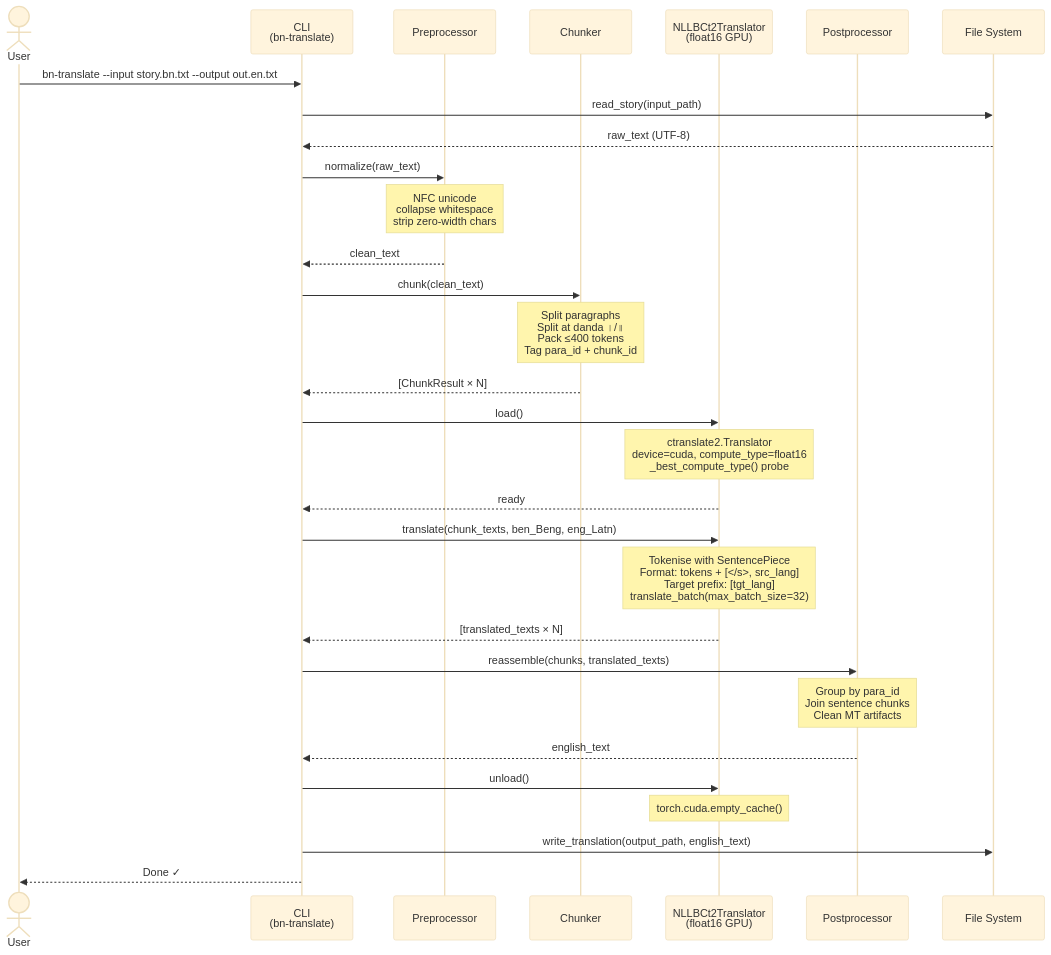
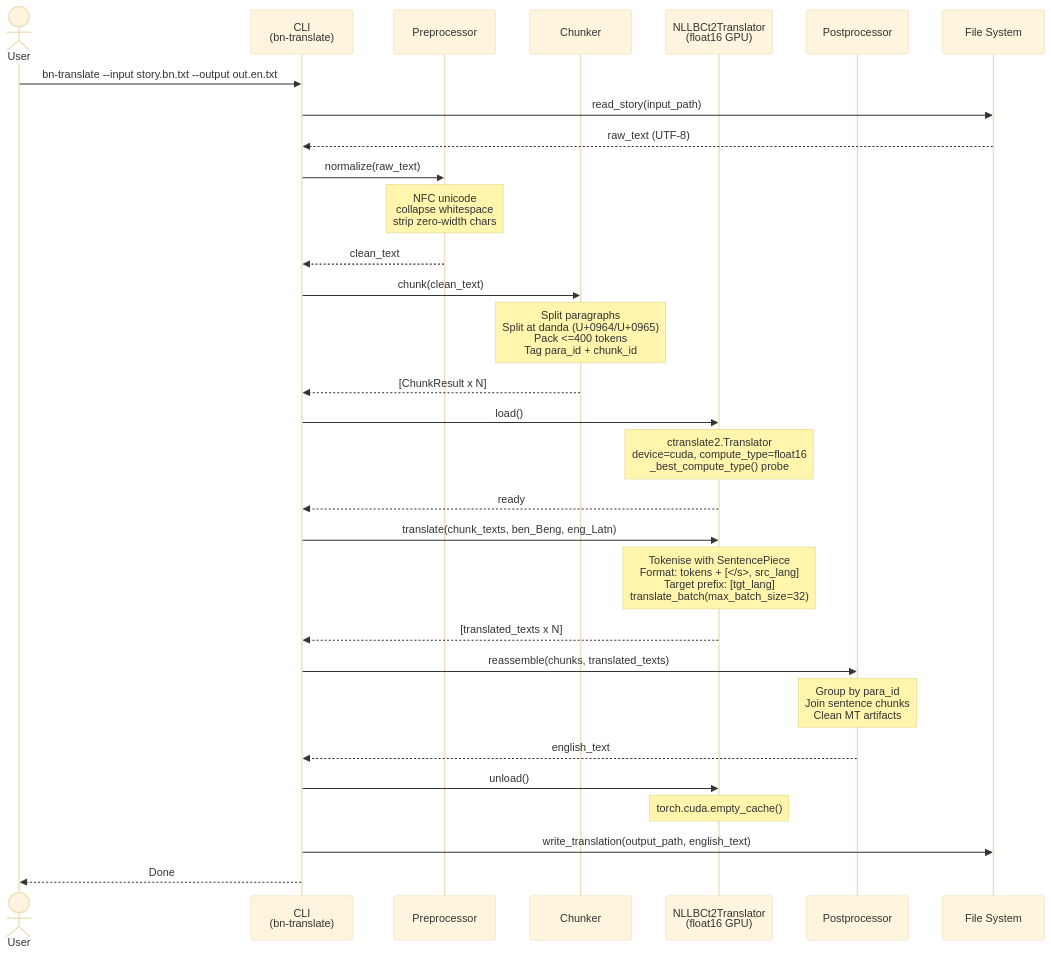
Before and after one commit to souradeepta/translate: the fourth of 4 diagrams in docs/ARCHITECTURE.md, drawn with Mermaid (base theme). The commit also changed other lines of this file, not shown here.

Commit message:
docs(architecture): strip Unicode from Mermaid diagrams for GitHub rendering

````diff
--- a/docs/ARCHITECTURE.md
+++ b/docs/ARCHITECTURE.md
@@ -182,40 +182,40 @@
 ```mermaid
 sequenceDiagram
     actor User
     participant CLI as CLI<br/>(bn-translate)
     participant PP as Preprocessor
     participant CK as Chunker
     participant TR as NLLBCt2Translator<br/>(float16 GPU)
     participant PO as Postprocessor
     participant FS as File System
 
     User->>CLI: bn-translate --input story.bn.txt --output out.en.txt
     CLI->>FS: read_story(input_path)
     FS-->>CLI: raw_text (UTF-8)
 
     CLI->>PP: normalize(raw_text)
     Note over PP: NFC unicode<br/>collapse whitespace<br/>strip zero-width chars
     PP-->>CLI: clean_text
 
     CLI->>CK: chunk(clean_text)
-    Note over CK: Split paragraphs<br/>Split at danda ।/॥<br/>Pack ≤400 tokens<br/>Tag para_id + chunk_id
-    CK-->>CLI: [ChunkResult × N]
+    Note over CK: Split paragraphs<br/>Split at danda (U+0964/U+0965)<br/>Pack <=400 tokens<br/>Tag para_id + chunk_id
+    CK-->>CLI: [ChunkResult x N]
 
     CLI->>TR: load()
     Note over TR: ctranslate2.Translator<br/>device=cuda, compute_type=float16<br/>_best_compute_type() probe
     TR-->>CLI: ready
 
     CLI->>TR: translate(chunk_texts, ben_Beng, eng_Latn)
     Note over TR: Tokenise with SentencePiece<br/>Format: tokens + [</s>, src_lang]<br/>Target prefix: [tgt_lang]<br/>translate_batch(max_batch_size=32)
-    TR-->>CLI: [translated_texts × N]
+    TR-->>CLI: [translated_texts x N]
 
     CLI->>PO: reassemble(chunks, translated_texts)
     Note over PO: Group by para_id<br/>Join sentence chunks<br/>Clean MT artifacts
     PO-->>CLI: english_text
 
     CLI->>TR: unload()
     Note over TR: torch.cuda.empty_cache()
 
     CLI->>FS: write_translation(output_path, english_text)
-    CLI-->>User: Done ✓
+    CLI-->>User: Done
 ```
````
